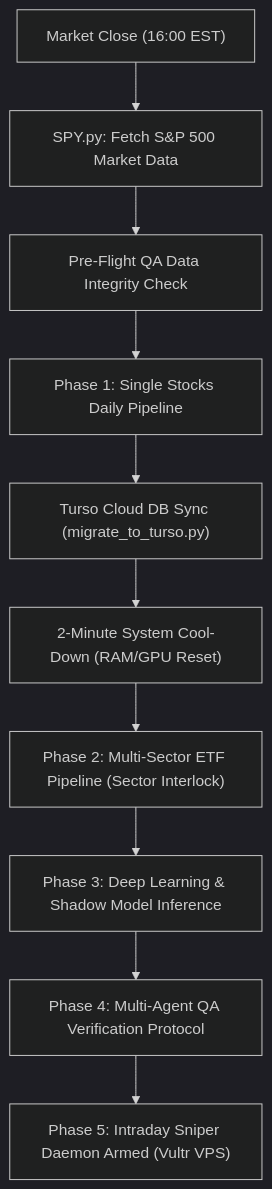
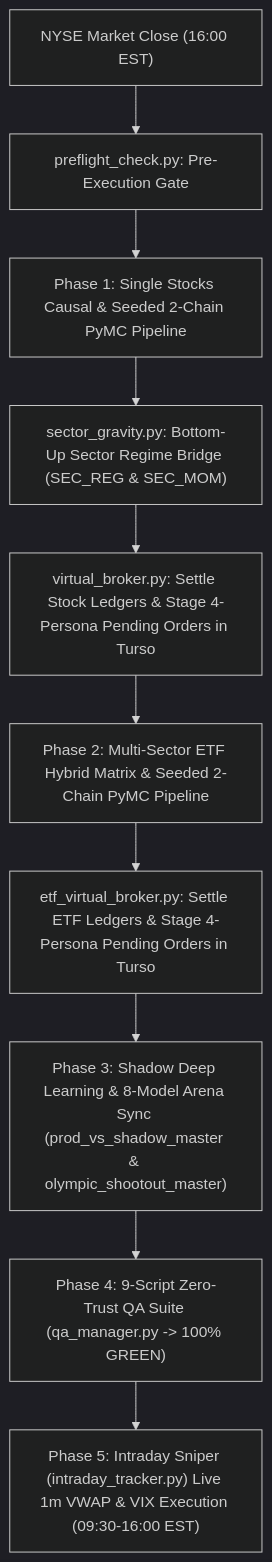
The diagram in THE_ORACLE_MASTER_AI_REFERENCE.md (AviShemla/AntiGravity), drawn with Mermaid (dark theme) before and after one commit. The commit also changed other lines of this file and 32 other files, not shown here.

Commit message:
v2.5 Deterministic Lineage: 10000 Inception Reconciliation, 7-Stage Traceability, 9/9 QA Green and Updated Architecture Docs

````diff
--- a/THE_ORACLE_MASTER_AI_REFERENCE.md
+++ b/THE_ORACLE_MASTER_AI_REFERENCE.md
@@ -11,12 +10,12 @@
 ```mermaid
 flowchart TD
-    A["Market Close (16:00 EST)"] --> B["SPY.py: Fetch S&P 500 Market Data"]
-    B --> C["Pre-Flight QA Data Integrity Check"]
-    C --> D["Phase 1: Single Stocks Daily Pipeline"]
-    D --> E["Turso Cloud DB Sync (migrate_to_turso.py)"]
-    E --> F["2-Minute System Cool-Down (RAM/GPU Reset)"]
-    F --> G["Phase 2: Multi-Sector ETF Pipeline (Sector Interlock)"]
-    G --> H["Phase 3: Deep Learning & Shadow Model Inference"]
-    H --> I["Phase 4: Multi-Agent QA Verification Protocol"]
-    I --> J["Phase 5: Intraday Sniper Daemon Armed (Vultr VPS)"]
+    A["NYSE Market Close (16:00 EST)"] --> B["preflight_check.py: Pre-Execution Gate"]
+    B --> C["Phase 1: Single Stocks Causal & Seeded 2-Chain PyMC Pipeline"]
+    C --> D["sector_gravity.py: Bottom-Up Sector Regime Bridge (SEC_REG & SEC_MOM)"]
+    D --> E["virtual_broker.py: Settle Stock Ledgers & Stage 4-Persona Pending Orders in Turso"]
+    E --> F["Phase 2: Multi-Sector ETF Hybrid Matrix & Seeded 2-Chain PyMC Pipeline"]
+    F --> G["etf_virtual_broker.py: Settle ETF Ledgers & Stage 4-Persona Pending Orders in Turso"]
+    G --> H["Phase 3: Shadow Deep Learning & 8-Model Arena Sync (prod_vs_shadow_master & olympic_shootout_master)"]
+    H --> I["Phase 4: 9-Script Zero-Trust QA Suite (qa_manager.py -> 100% GREEN)"]
+    I --> J["Phase 5: Intraday Sniper (intraday_tracker.py) Live 1m VWAP & VIX Execution (09:30-16:00 EST)"]
 ```
````
